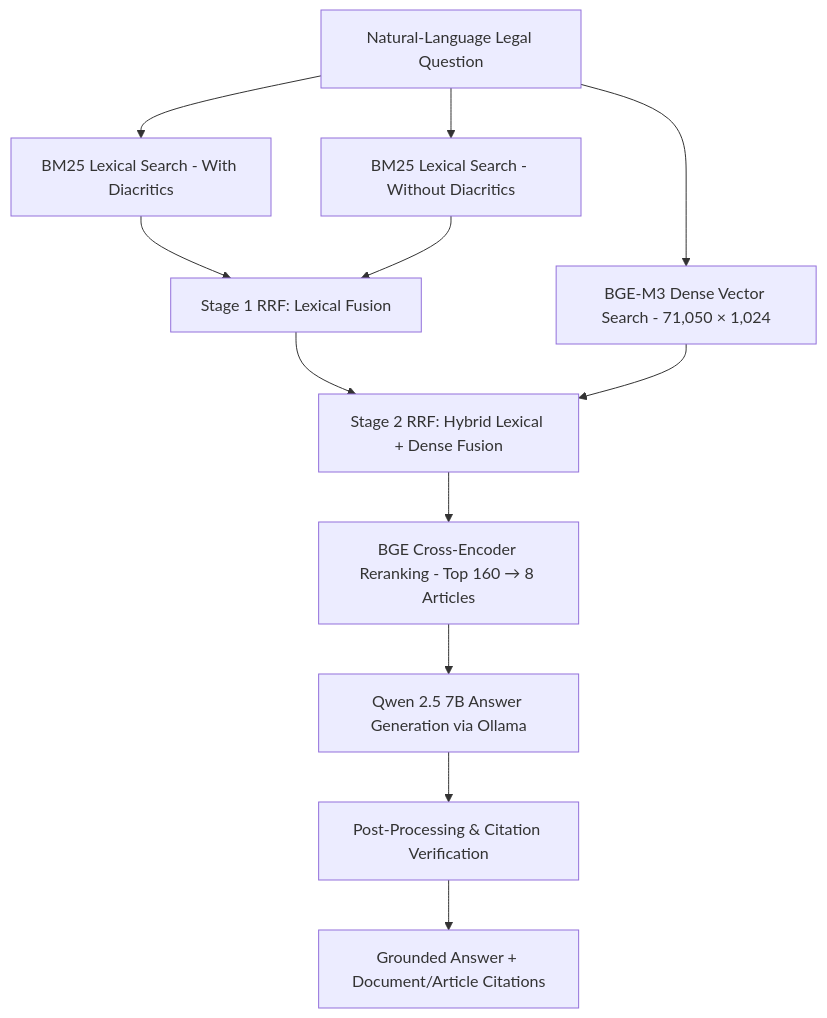
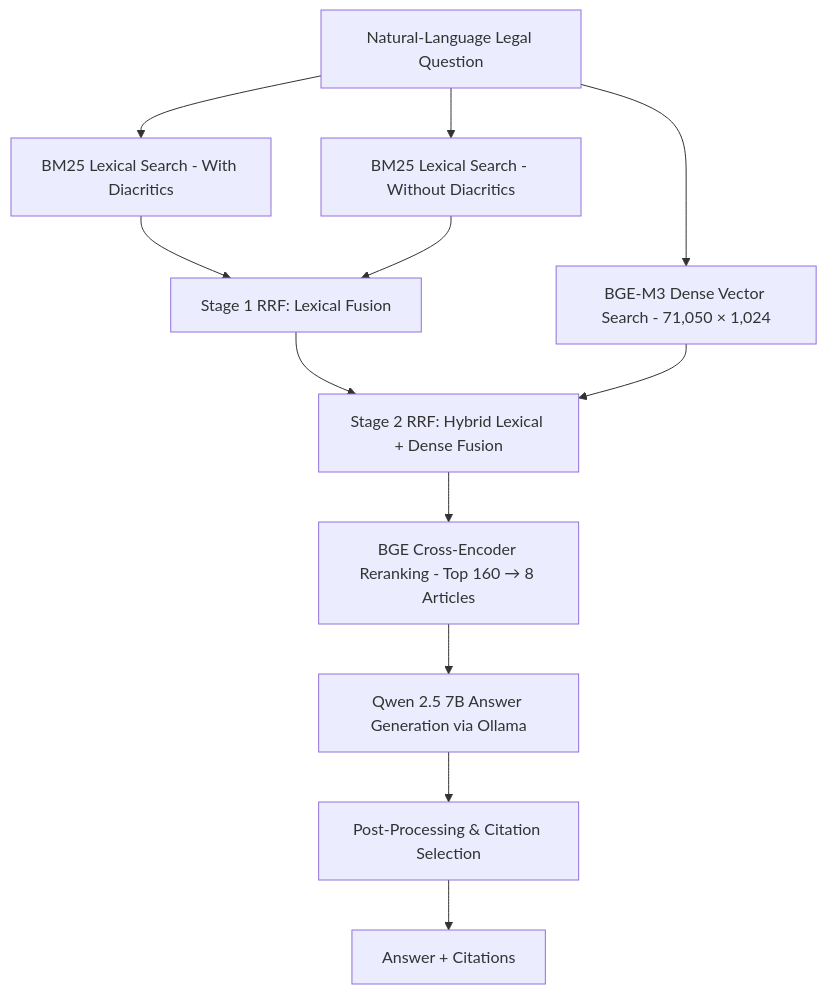
Before and after one commit to letriluan/AI-Legal-Assistant: the diagram in README.md, drawn with Mermaid. The commit also changed other lines of this file, not shown here.

Commit message:
docs: clarify archive preview behavior and citation selection scope

````diff
--- a/README.md
+++ b/README.md
@@ -21,14 +21,14 @@
 ```mermaid
 flowchart TD
     Q[Natural-Language Legal Question] --> B1[BM25 Lexical Search - With Diacritics]
     Q --> B2[BM25 Lexical Search - Without Diacritics]
     B1 --> RF1[Stage 1 RRF: Lexical Fusion]
     B2 --> RF1
     Q --> D[BGE-M3 Dense Vector Search - 71,050 × 1,024]
     RF1 --> RF2[Stage 2 RRF: Hybrid Lexical + Dense Fusion]
     D --> RF2
     RF2 --> R[BGE Cross-Encoder Reranking - Top 160 → 8 Articles]
     R --> G[Qwen 2.5 7B Answer Generation via Ollama]
-    G --> C[Post-Processing & Citation Verification]
-    C --> A[Grounded Answer + Document/Article Citations]
+    G --> C[Post-Processing & Citation Selection]
+    C --> A[Answer + Citations]
 ```
````
